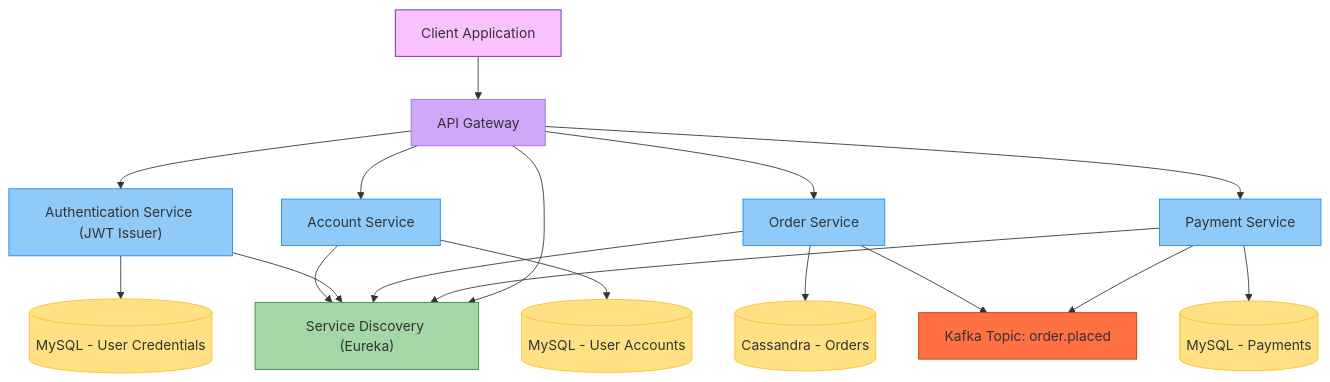
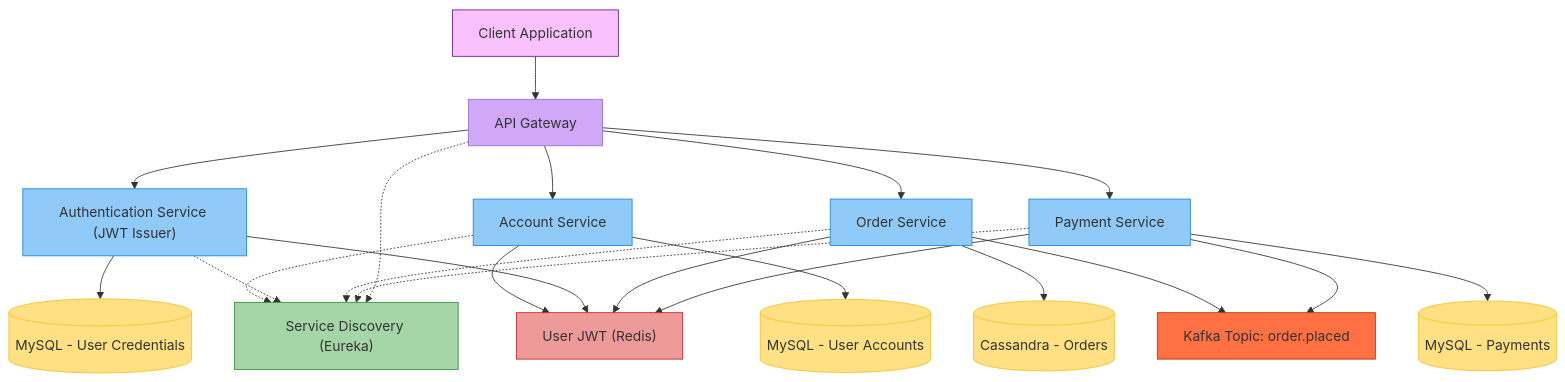
Before and after one commit to EricYoung37/sMall: the diagram in README.md, drawn with Mermaid. The commit also changed 16 other files, not shown here.

Commit message:
removed refresh token, added Redis for access token validation; TODO: account-service should also use Redis for access token validation

````diff
--- a/README.md
+++ b/README.md
@@ -6,39 +6,46 @@
 ```mermaid
 graph TD
     ClientApp[Client Application] --> APIGateway[API Gateway]
 
     APIGateway --> AuthService["Authentication Service (JWT Issuer)"]
     APIGateway --> AccountService[Account Service]
     APIGateway --> OrderService[Order Service]
     APIGateway --> PaymentService[Payment Service]
     
     AccountService --> MySQL_Accounts[(MySQL - User Accounts)]
     AuthService --> MySQL_Credentials[(MySQL - User Credentials)]
     OrderService --> CassandraOrders[(Cassandra - Orders)]
     PaymentService --> MySQL_Payments[(MySQL - Payments)]
     
-    AccountService --> Eureka["Service Discovery (Eureka)"]
-    AuthService --> Eureka
-    OrderService --> Eureka
-    PaymentService --> Eureka
-    APIGateway --> Eureka
+    AccountService .-> Eureka["Service Discovery (Eureka)"]
+    AuthService .-> Eureka
+    OrderService .-> Eureka
+    PaymentService .-> Eureka
+    APIGateway .-> Eureka
+
+    AccountService --> Redis["User JWT (Redis)"]
+    AuthService --> Redis
+    OrderService --> Redis
+    PaymentService --> Redis
     
     OrderService --> Kafka[Kafka Topic: order.placed]
     PaymentService --> Kafka
     
     %% Define styles for different categories
     classDef clientApp fill:#f9c2ff,stroke:#6a1b9a;
     classDef apiGateway fill:#d1a7f7;
     classDef services fill:#90caf9,stroke:#1e88e5;
     classDef serviceDiscovery fill:#a5d6a7,stroke:#388e3c;
     classDef kafka fill:#ff7043,stroke:#bf360c;
+    classDef redis fill:#ef9a9a,stroke:#c62828;
     classDef databases fill:#ffe082,stroke:#fbc02d;
     
     %% Apply styles
     class ClientApp clientApp;
     class APIGateway apiGateway;
     class AuthService,AccountService,OrderService,PaymentService services;
     class Eureka serviceDiscovery;
     class Kafka kafka;
+    class Redis redis;
     class MySQL_Accounts,MySQL_Credentials,CassandraOrders,MySQL_Payments databases;
 ```
````
